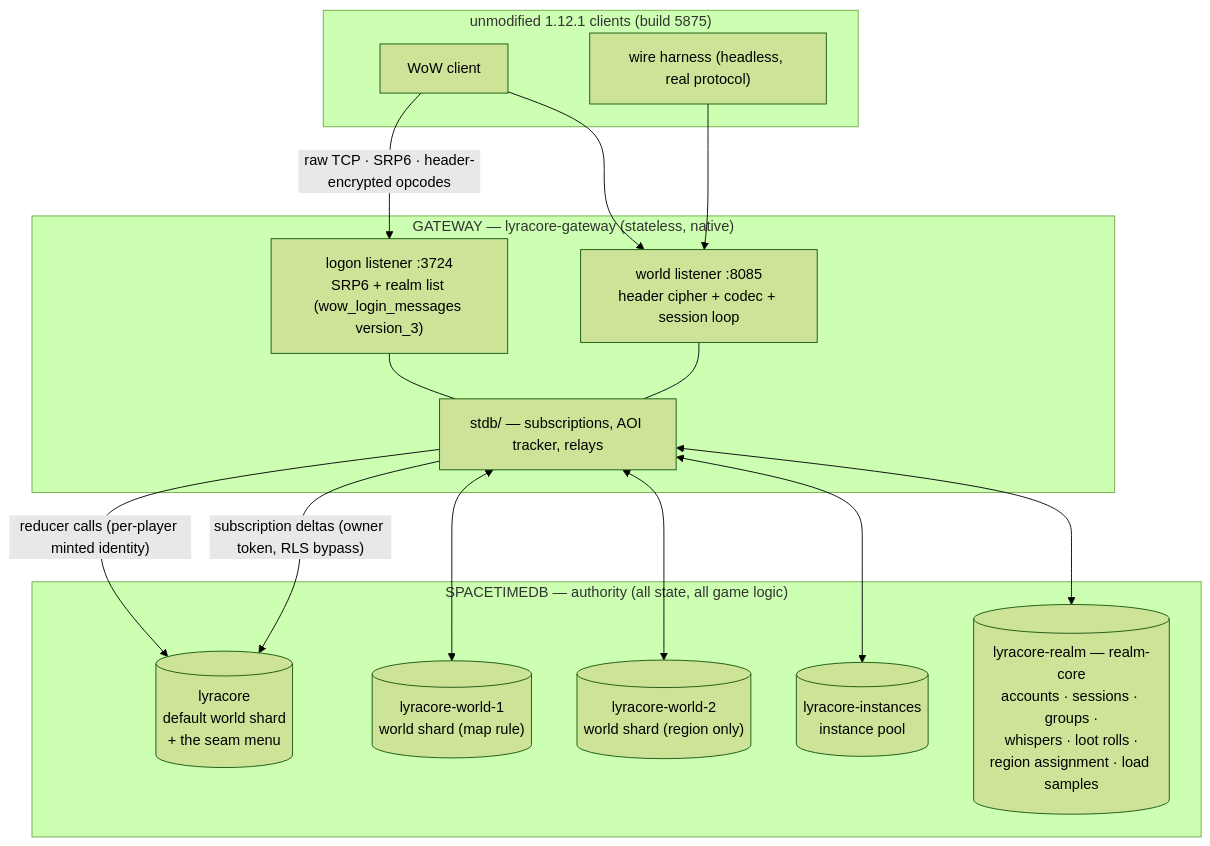
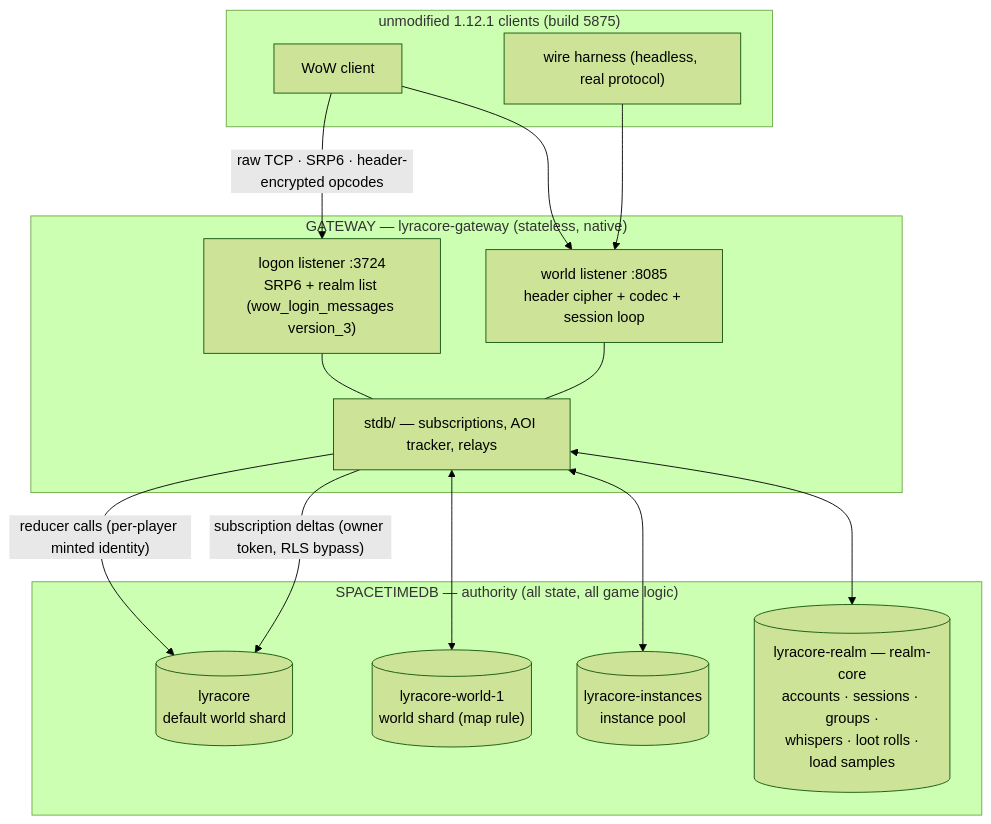
One commit to LyraCoreProject/LyraCore changed the diagram in docs/architecture.md. Above: the diagram before and after it, drawn with Mermaid (forest theme). The commit also changed other lines of this file and 32 other files, not shown here.

````diff
--- a/docs/architecture.md
+++ b/docs/architecture.md
@@ -27,33 +27,31 @@
 ```mermaid
 flowchart TB
     subgraph clients["unmodified 1.12.1 clients (build 5875)"]
         C1["WoW client"]
         C2["wire harness (headless, real protocol)"]
     end
 
     subgraph gw["GATEWAY — lyracore-gateway (stateless, native)"]
         LOGON["logon listener :3724<br/>SRP6 + realm list (wow_login_messages version_3)"]
         WORLD["world listener :8085<br/>header cipher + codec + session loop"]
         SUBS["stdb/ — subscriptions, AOI tracker, relays"]
     end
 
     subgraph stdb["SPACETIMEDB — authority (all state, all game logic)"]
-        W0[("lyracore<br/>default world shard<br/>+ the seam menu")]
+        W0[("lyracore<br/>default world shard")]
         W1[("lyracore-world-1<br/>world shard (map rule)")]
-        W2[("lyracore-world-2<br/>world shard (region only)")]
         INST[("lyracore-instances<br/>instance pool")]
-        RC[("lyracore-realm — realm-core<br/>accounts · sessions · groups ·<br/>whispers · loot rolls ·<br/>region assignment · load samples")]
+        RC[("lyracore-realm — realm-core<br/>accounts · sessions · groups ·<br/>whispers · loot rolls ·<br/>load samples")]
     end
 
     C1 -- "raw TCP · SRP6 · header-encrypted opcodes" --> LOGON
     C1 --> WORLD
     C2 --> WORLD
     LOGON --- SUBS
     WORLD --- SUBS
     SUBS -- "reducer calls (per-player minted identity)" --> W0
     SUBS -- "subscription deltas (owner token, RLS bypass)" --> W0
     SUBS <--> W1
-    SUBS <--> W2
     SUBS <--> INST
     SUBS <--> RC
 ```
````
